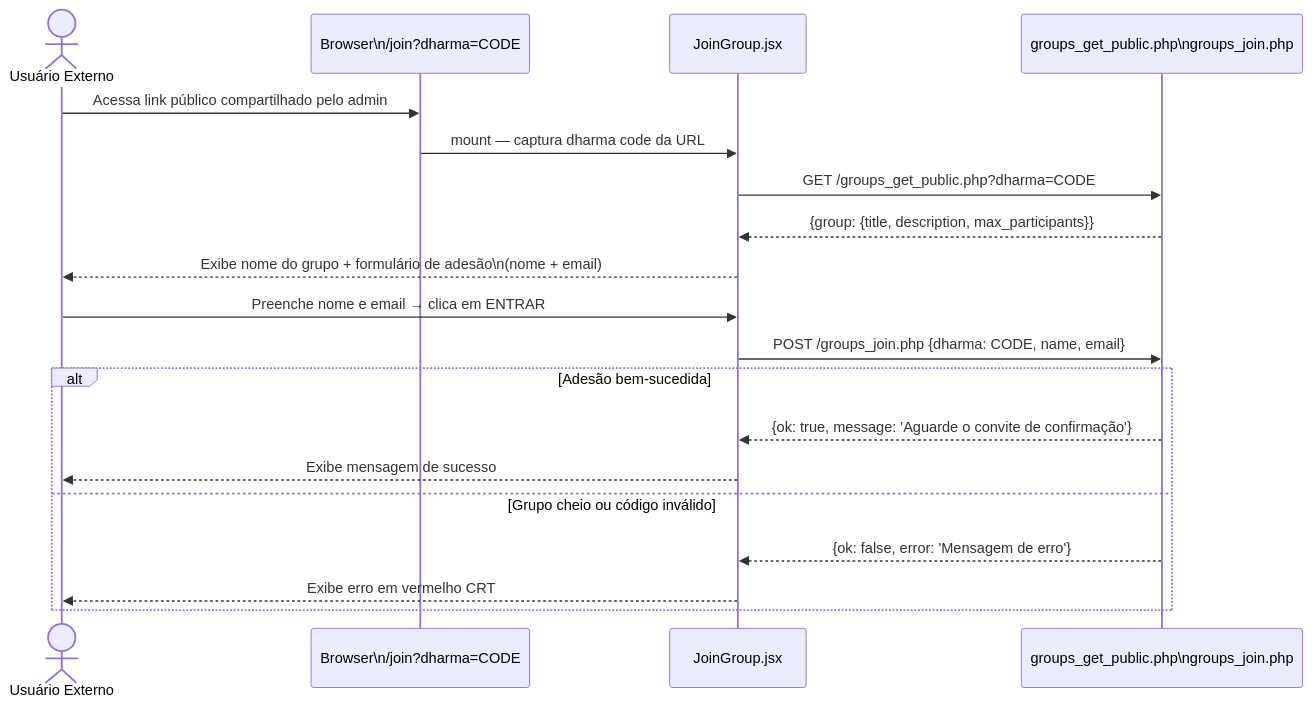
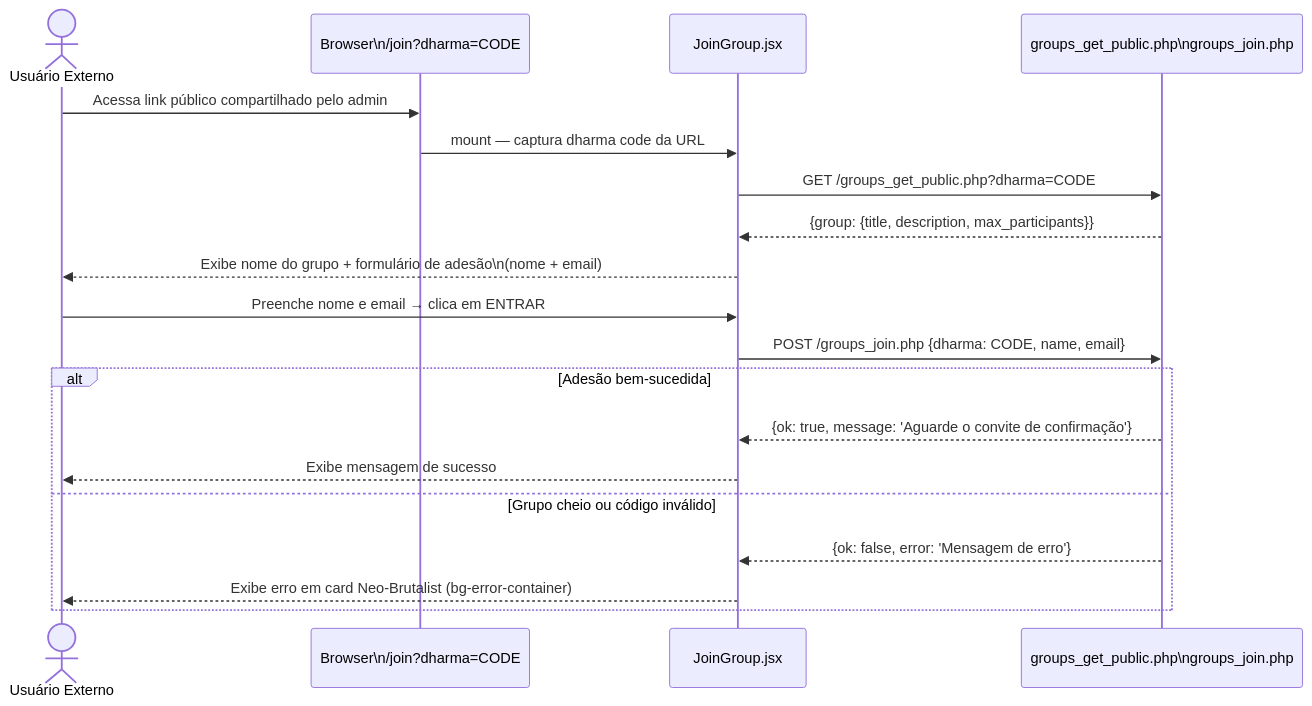
One commit to charines/AmigoSecreto changed the fourth of 4 diagrams in docs/modules/menu_inicial.md. Above: the diagram before and after it, drawn with Mermaid. The commit also changed other lines of this file and 6 other files, not shown here.

Commit message:
feat: update project version to 1.5.0; remove legacy components and implement Neo-Brutalist design across multiple modules

````diff
--- a/docs/modules/menu_inicial.md
+++ b/docs/modules/menu_inicial.md
@@ -123,25 +128,25 @@
 ```mermaid
 sequenceDiagram
     actor U as Usuário Externo
     participant B as Browser\n/join?dharma=CODE
     participant J as JoinGroup.jsx
     participant API as groups_get_public.php\ngroups_join.php
 
     U->>B: Acessa link público compartilhado pelo admin
     B->>J: mount — captura dharma code da URL
     J->>API: GET /groups_get_public.php?dharma=CODE
     API-->>J: {group: {title, description, max_participants}}
 
     J-->>U: Exibe nome do grupo + formulário de adesão\n(nome + email)
 
     U->>J: Preenche nome e email → clica em ENTRAR
     J->>API: POST /groups_join.php {dharma: CODE, name, email}
 
     alt Adesão bem-sucedida
         API-->>J: {ok: true, message: 'Aguarde o convite de confirmação'}
         J-->>U: Exibe mensagem de sucesso
     else Grupo cheio ou código inválido
         API-->>J: {ok: false, error: 'Mensagem de erro'}
-        J-->>U: Exibe erro em vermelho CRT
+        J-->>U: Exibe erro em card Neo-Brutalist (bg-error-container)
     end
 ```
````
